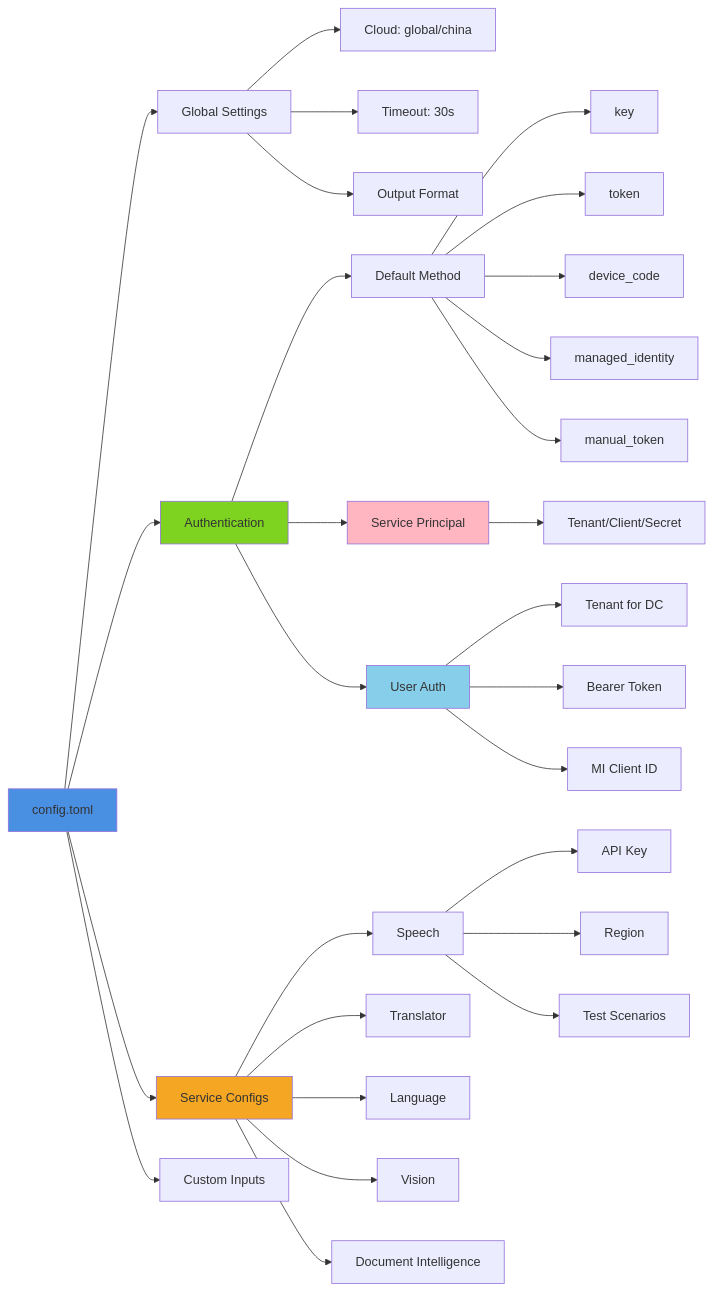
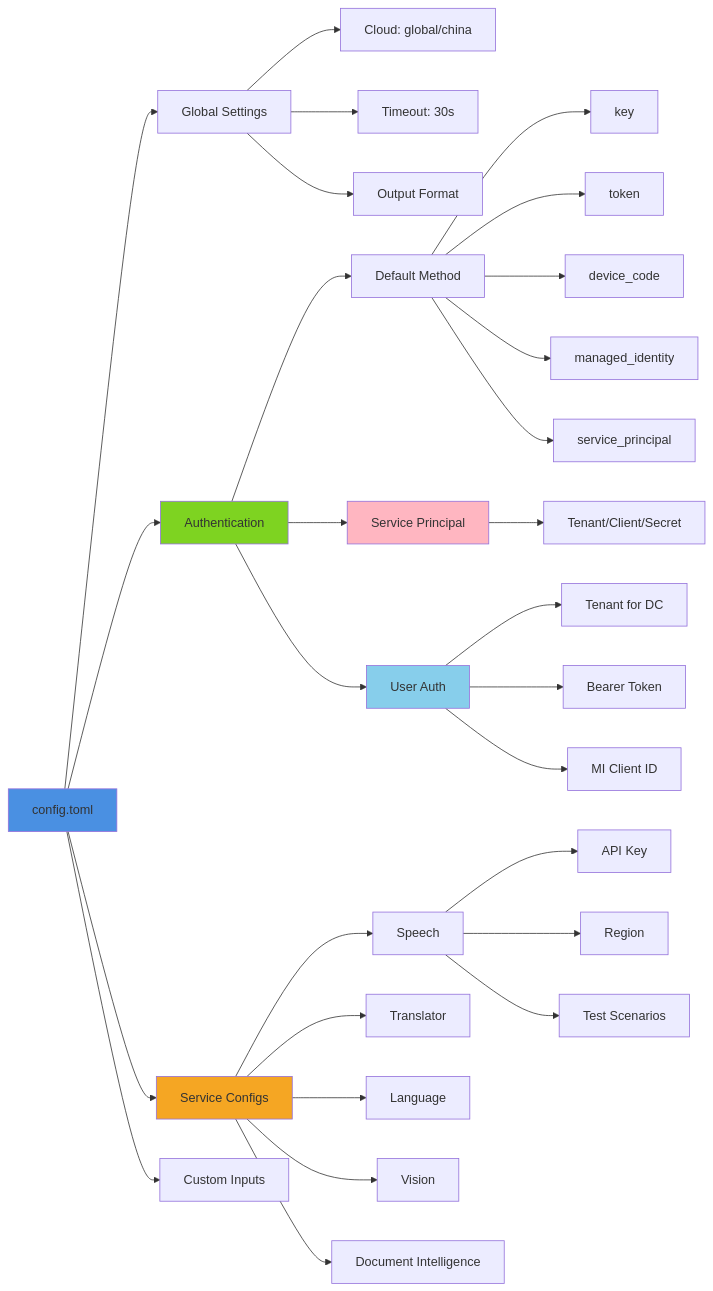
One commit to enu235/azure-aitoolsconnect changed the third of 4 diagrams in USAGE.md. Above: the diagram before and after it, drawn with Mermaid. The commit also changed other lines of this file and 8 other files, not shown here.

````diff
--- a/USAGE.md
+++ b/USAGE.md
@@ -436,42 +436,42 @@
 ```mermaid
 flowchart LR
     Config[config.toml] --> Global[Global Settings]
     Config --> Auth[Authentication]
     Config --> Services[Service Configs]
     Config --> Inputs[Custom Inputs]
 
     Global --> Cloud[Cloud: global/china]
     Global --> Timeout[Timeout: 30s]
     Global --> Format[Output Format]
 
     Auth --> Method[Default Method]
     Auth --> Entra[Service Principal]
     Auth --> User[User Auth]
 
     Method --> Key[key]
     Method --> Token[token]
     Method --> DC[device_code]
     Method --> MI[managed_identity]
-    Method --> MT[manual_token]
+    Method --> SPM[service_principal]
 
     Entra --> SP[Tenant/Client/Secret]
     User --> UserTenant[Tenant for DC]
     User --> UserToken[Bearer Token]
     User --> UserMI[MI Client ID]
 
     Services --> Speech[Speech]
     Services --> Translator[Translator]
     Services --> Language[Language]
     Services --> Vision[Vision]
     Services --> DocIntel[Document Intelligence]
 
     Speech --> SpeechKey[API Key]
     Speech --> SpeechRegion[Region]
     Speech --> SpeechScenarios[Test Scenarios]
 
     style Config fill:#4A90E2
     style Auth fill:#7ED321
     style Services fill:#F5A623
     style Entra fill:#FFB6C1
     style User fill:#87CEEB
 ```
````
